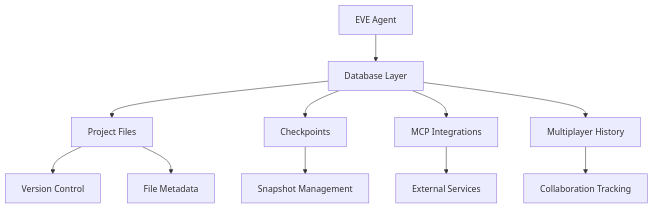
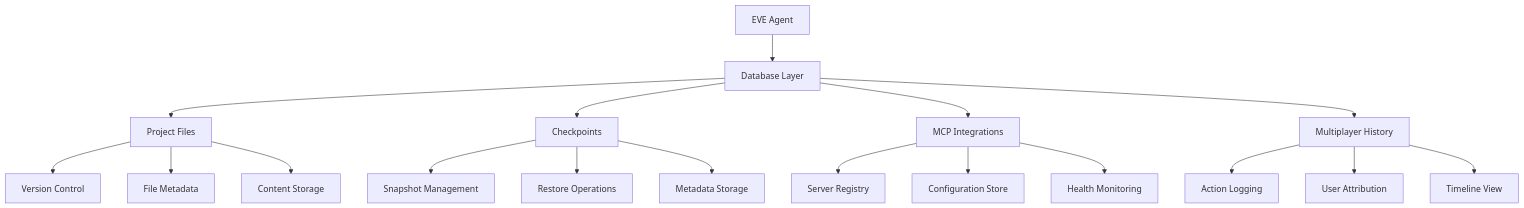
Before and after one commit to Artifact-Virtual/EVE: the diagram in BUILD_GUIDE.md, drawn with Mermaid. The commit also changed other lines of this file and 3 other files, not shown here.

````diff
--- a/BUILD_GUIDE.md
+++ b/BUILD_GUIDE.md
@@ -95,14 +137,24 @@
 ```mermaid
 graph TD
     A[EVE Agent] --> B[Database Layer]
     B --> C[Project Files]
     B --> D[Checkpoints]
     B --> E[MCP Integrations]
     B --> F[Multiplayer History]
 
     C --> G[Version Control]
     C --> H[File Metadata]
-    D --> I[Snapshot Management]
-    E --> J[External Services]
-    F --> K[Collaboration Tracking]
+    C --> I[Content Storage]
+
+    D --> J[Snapshot Management]
+    D --> K[Restore Operations]
+    D --> L[Metadata Storage]
+
+    E --> M[Server Registry]
+    E --> N[Configuration Store]
+    E --> O[Health Monitoring]
+
+    F --> P[Action Logging]
+    F --> Q[User Attribution]
+    F --> R[Timeline View]
 ```
````
